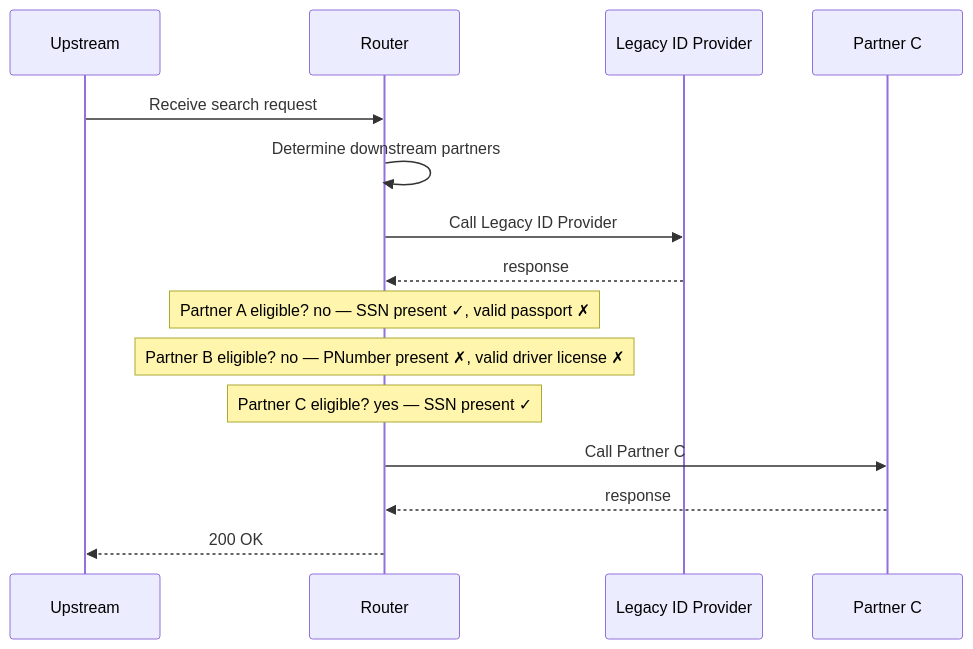
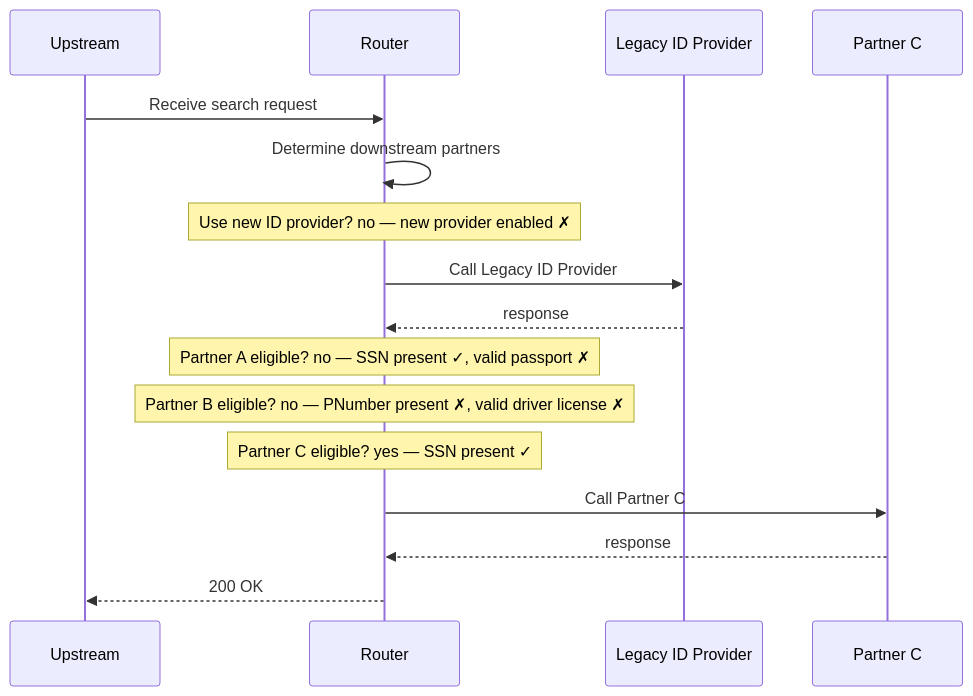
The diagram in main-app/docs/flows/c-only.md (jwdomes/automockit), drawn with Mermaid before and after one commit. The commit also changed other lines of this file and 44 other files, not shown here.

First line of the commit message:
Add @FlowBranch for inline if/else branches

````diff
--- a/main-app/docs/flows/c-only.md
+++ b/main-app/docs/flows/c-only.md
@@ -43,18 +44,19 @@
 ```mermaid
 sequenceDiagram
     %% SSN with a malformed passport: only C is called
     participant UPSTREAM as Upstream
     participant ROUTER as Router
     participant LEGACY_ID_PROVIDER as Legacy ID Provider
     participant PARTNER_C as Partner C
     UPSTREAM->>ROUTER: Receive search request
     ROUTER->>ROUTER: Determine downstream partners
+    Note over ROUTER: Use new ID provider? no — new provider enabled ✗
     ROUTER->>LEGACY_ID_PROVIDER: Call Legacy ID Provider
     LEGACY_ID_PROVIDER-->>ROUTER: response
     Note over ROUTER: Partner A eligible? no — SSN present ✓, valid passport ✗
     Note over ROUTER: Partner B eligible? no — PNumber present ✗, valid driver license ✗
     Note over ROUTER: Partner C eligible? yes — SSN present ✓
     ROUTER->>PARTNER_C: Call Partner C
     PARTNER_C-->>ROUTER: response
     ROUTER-->>UPSTREAM: 200 OK
 ```
````
